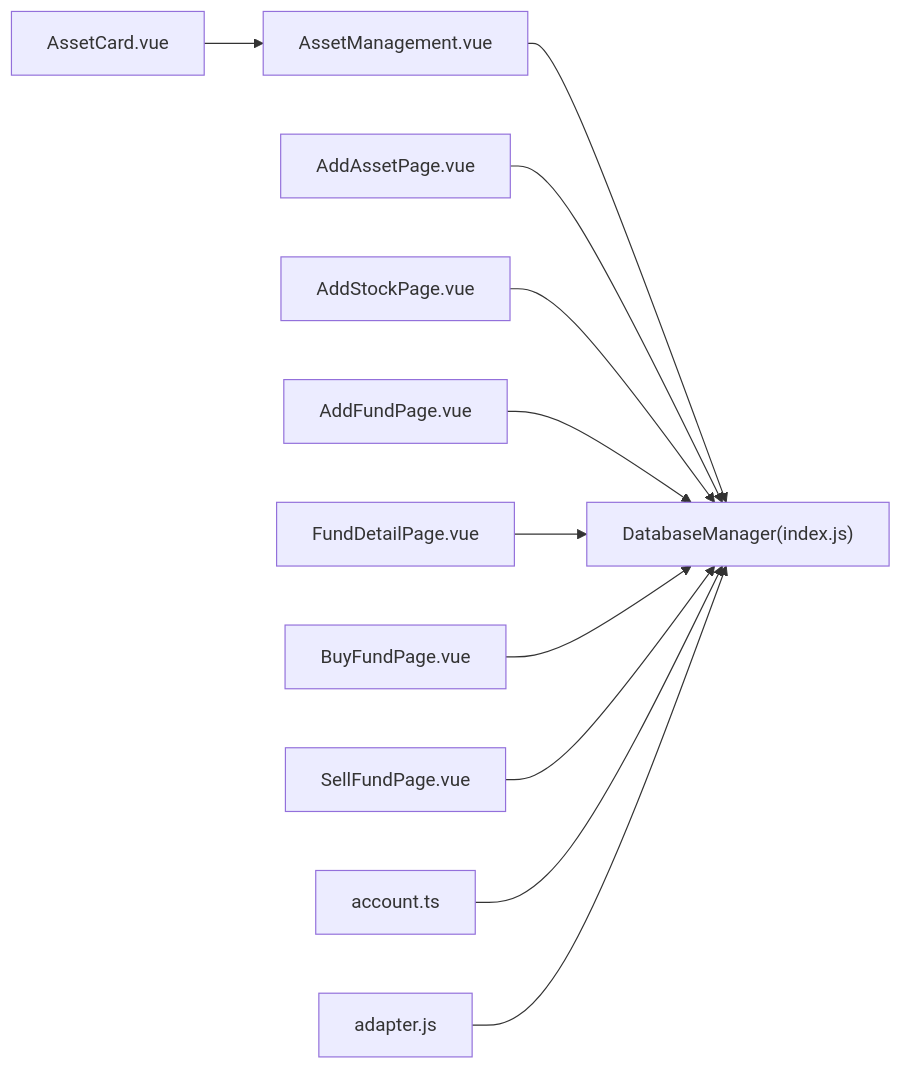
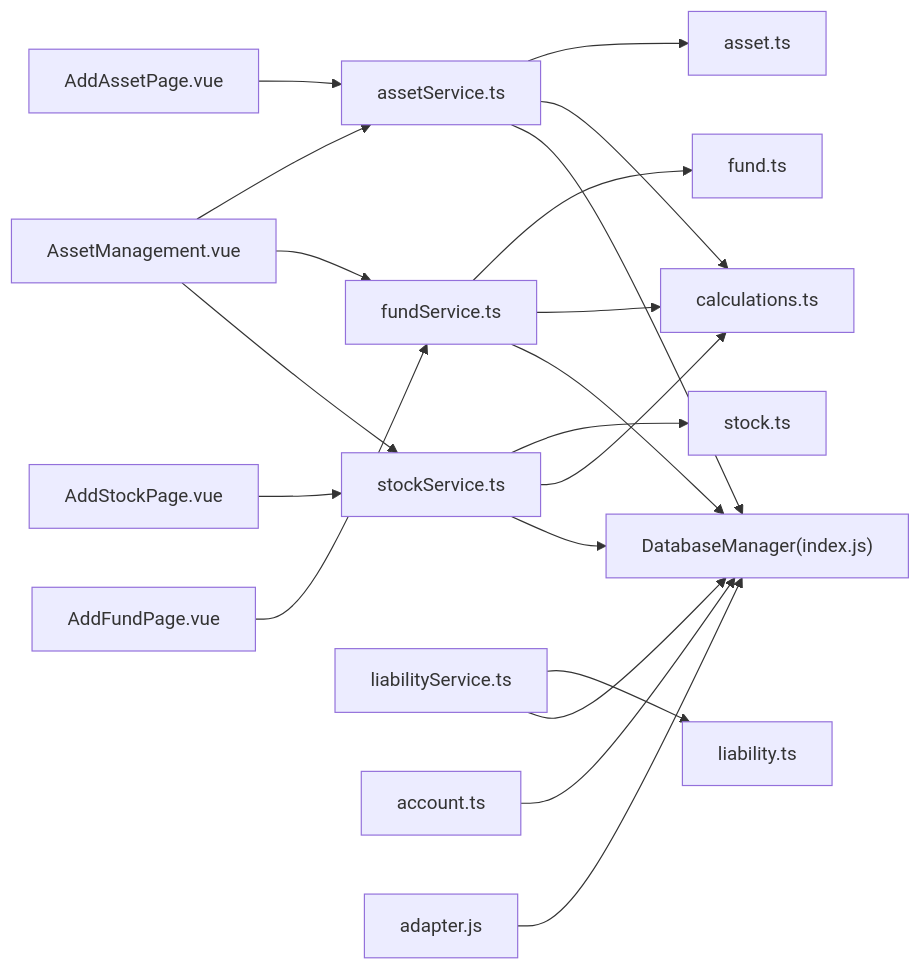
Before and after one commit to xiao-lin-unit/yuan: the tenth of 10 diagrams in .qoder/repowiki/zh/content/资产管理/资产管理.md, drawn with Mermaid. The commit also changed other lines of this file and 21 other files, not shown here.

````diff
--- a/.qoder/repowiki/zh/content/资产管理/资产管理.md
+++ b/.qoder/repowiki/zh/content/资产管理/资产管理.md
@@ -354,13 +488,22 @@
 ```mermaid
 graph LR
-AM["AssetManagement.vue"] --> DB["DatabaseManager(index.js)"]
-AC["AssetCard.vue"] --> AM
-AAS["AddAssetPage.vue"] --> DB
-ASP["AddStockPage.vue"] --> DB
-AFP["AddFundPage.vue"] --> DB
-FDP["FundDetailPage.vue"] --> DB
-BFP["BuyFundPage.vue"] --> DB
-SFP["SellFundPage.vue"] --> DB
+AM["AssetManagement.vue"] --> AS["assetService.ts"]
+AM --> FS["fundService.ts"]
+AM --> SS["stockService.ts"]
+AAS["AddAssetPage.vue"] --> AS
+ASP["AddStockPage.vue"] --> SS
+AFP["AddFundPage.vue"] --> FS
+AS --> AT["asset.ts"]
+SS --> STT["stock.ts"]
+FS --> FT["fund.ts"]
+LS["liabilityService.ts"] --> LT["liability.ts"]
+AS --> CAL["calculations.ts"]
+SS --> CAL
+FS --> CAL
+AS --> DB["DatabaseManager(index.js)"]
+SS --> DB
+FS --> DB
+LS --> DB
 ACC["account.ts"] --> DB
 ADP["adapter.js"] --> DB
 ```
````
